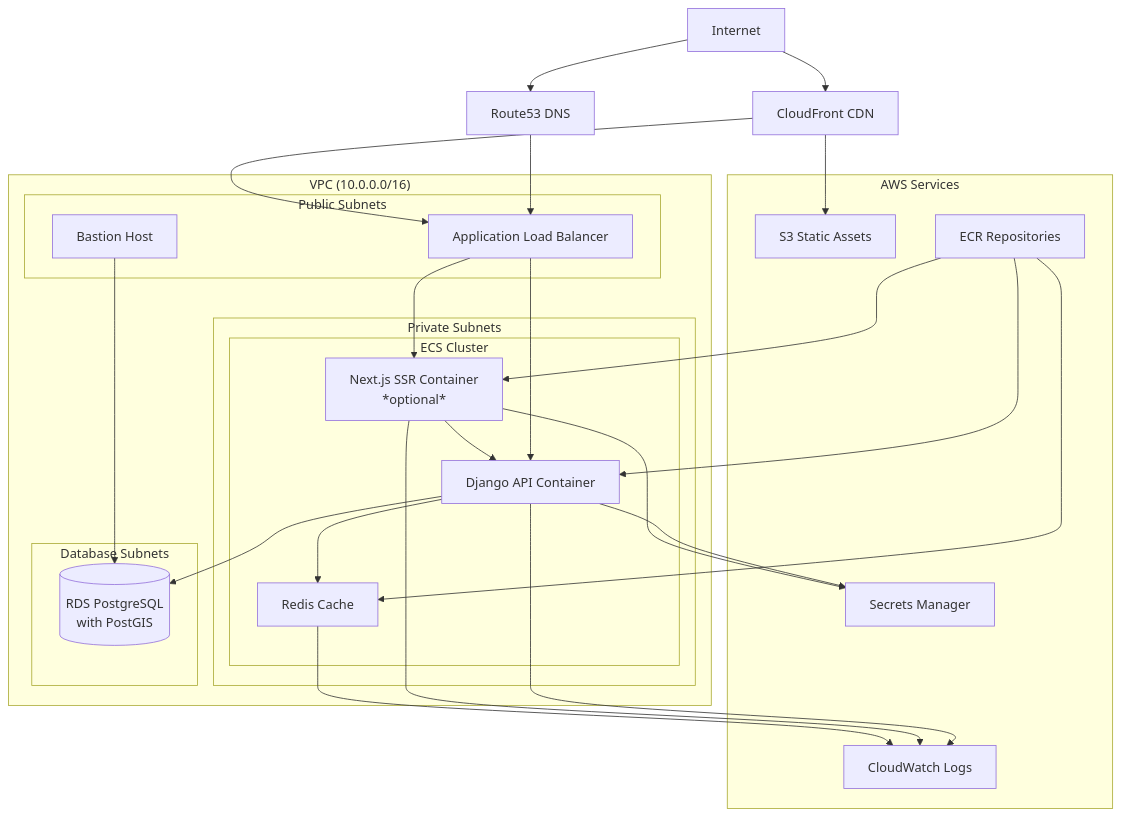
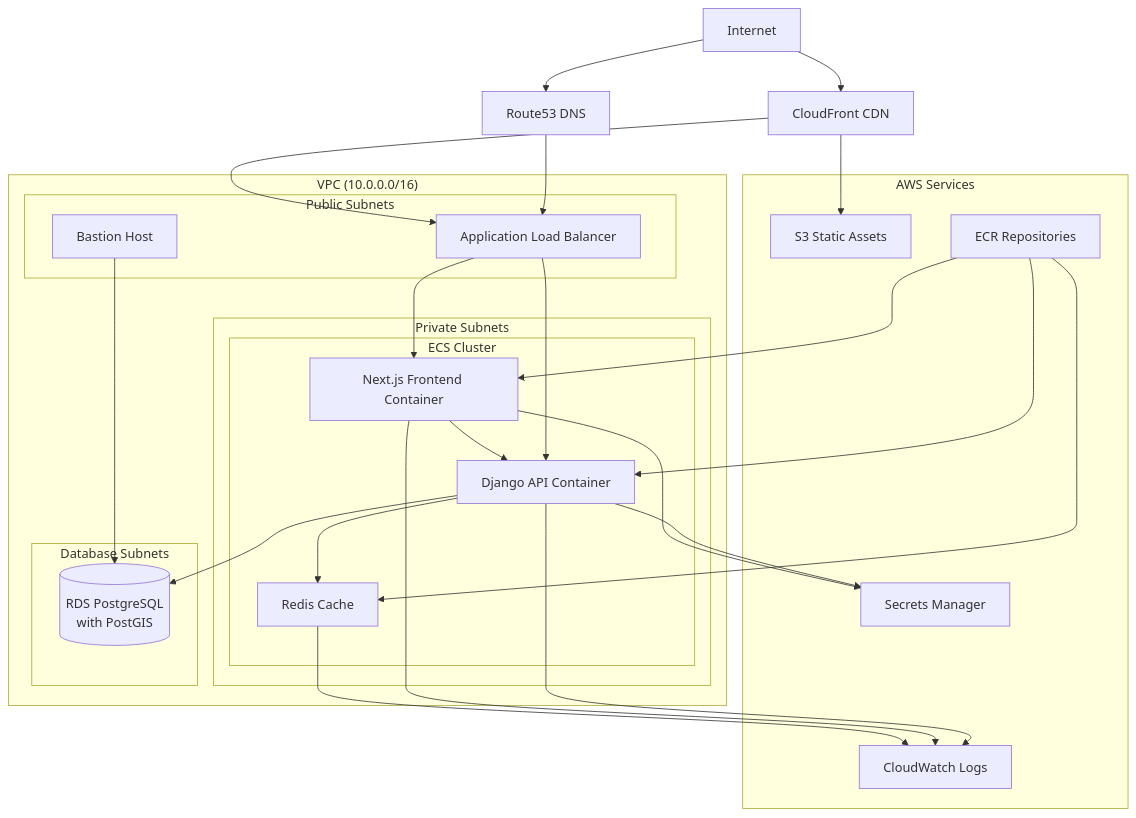
Before and after one commit to lhadjchikh/coalition-builder: the diagram in docs/deployment/aws.md, drawn with Mermaid. The commit also changed other lines of this file and 6 other files, not shown here.

First line of the commit message:
docs: update documentation for SSR-only architecture

````diff
--- a/docs/deployment/aws.md
+++ b/docs/deployment/aws.md
@@ -25,65 +25,65 @@
 ```mermaid
 %%{init: {'theme':'basic'}}%%
 flowchart TB
     %% Internet
     internet[Internet] --> cloudfront[CloudFront CDN]
     internet --> route53[Route53 DNS]
 
     %% DNS and CDN
     route53 --> alb[Application Load Balancer]
     cloudfront --> s3_assets[S3 Static Assets]
 
     %% VPC Container
     subgraph vpc["VPC (10.0.0.0/16)"]
         %% Public Subnets
         subgraph public["Public Subnets"]
             alb
             bastion[Bastion Host]
         end
 
         %% Private Subnets
         subgraph private["Private Subnets"]
             subgraph ecs_cluster["ECS Cluster"]
-                django[Django API Container]
-                ssr[Next.js SSR Container<br/>*optional*]
+                api[Django API Container]
+                app[Next.js Frontend Container]
                 redis[Redis Cache]
             end
         end
 
         %% Database Subnets
         subgraph db_subnets["Database Subnets"]
             rds[(RDS PostgreSQL<br/>with PostGIS)]
         end
     end
 
     %% External Services
     subgraph aws_services["AWS Services"]
         secrets[Secrets Manager]
         ecr[ECR Repositories]
         cloudwatch[CloudWatch Logs]
         s3_assets
     end
 
     %% Connections
-    alb --> django
-    alb --> ssr
-    django --> redis
-    django --> rds
-    ssr --> django
+    alb --> api
+    alb --> app
+    api --> redis
+    api --> rds
+    app --> api
     bastion --> rds
 
     %% CloudFront connections
     cloudfront --> alb
 
     %% Service connections
-    django --> secrets
-    ssr --> secrets
-    django --> cloudwatch
-    ssr --> cloudwatch
+    api --> secrets
+    app --> secrets
+    api --> cloudwatch
+    app --> cloudwatch
     redis --> cloudwatch
 
     %% ECR
-    ecr --> django
-    ecr --> ssr
+    ecr --> api
+    ecr --> app
     ecr --> redis
 ```
````
